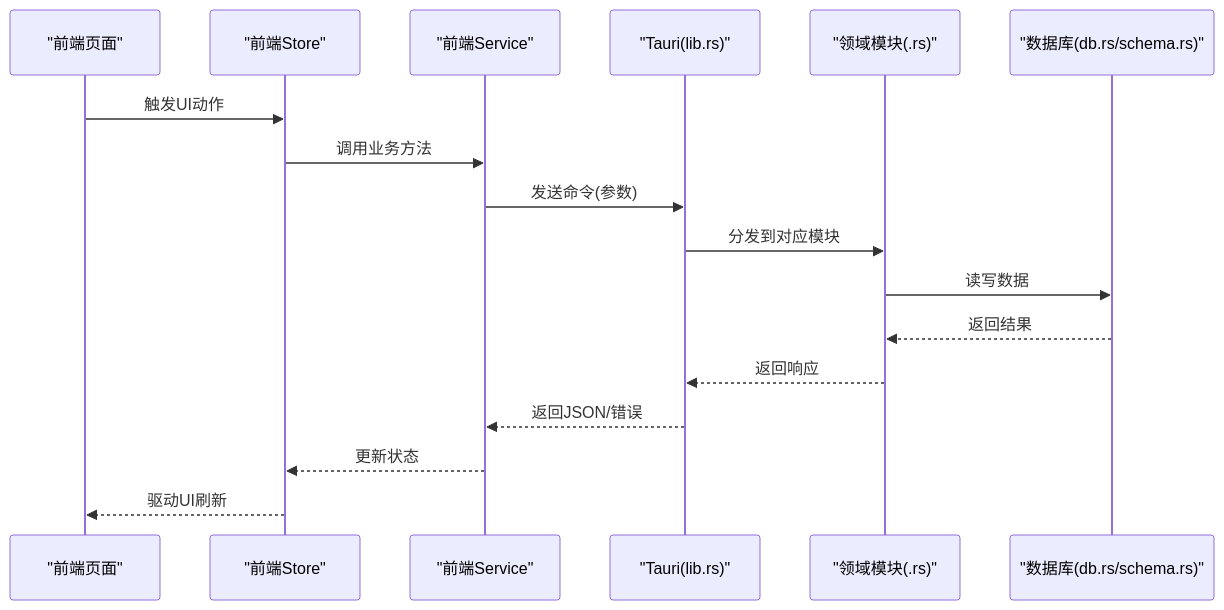
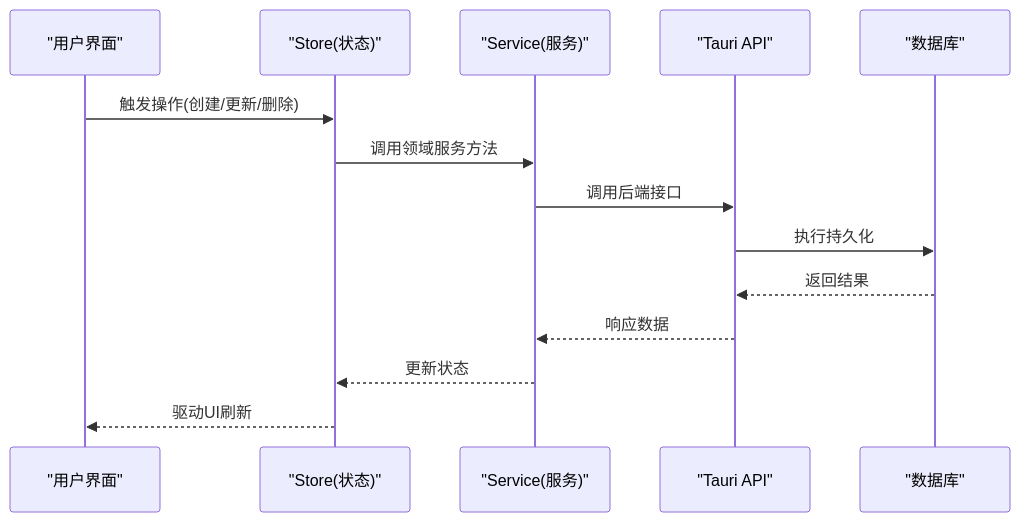
The second of 9 diagrams in .qoder/repowiki/zh/content/核心功能模块/核心功能模块.md (gzdxhujiale/FishWorker), drawn with Mermaid before and after one commit. The commit also changed other lines of this file and 238 other files, not shown here.

````diff
--- a/.qoder/repowiki/zh/content/核心功能模块/核心功能模块.md
+++ b/.qoder/repowiki/zh/content/核心功能模块/核心功能模块.md
@@ -157,19 +142,16 @@
 ```mermaid
 sequenceDiagram
-participant FE as "前端页面"
-participant Store as "前端Store"
-participant Service as "前端Service"
-participant Tauri as "Tauri(lib.rs)"
-participant Domain as "领域模块(.rs)"
-participant DB as "数据库(db.rs/schema.rs)"
-FE->>Store : 触发UI动作
-Store->>Service : 调用业务方法
-Service->>Tauri : 发送命令(参数)
-Tauri->>Domain : 分发到对应模块
-Domain->>DB : 读写数据
-DB-->>Domain : 返回结果
-Domain-->>Tauri : 返回响应
-Tauri-->>Service : 返回JSON/错误
-Service-->>Store : 更新状态
-Store-->>FE : 驱动UI刷新
+participant U as "用户界面"
+participant S as "Store(状态)"
+participant SVC as "Service(服务)"
+participant TA as "Tauri API"
+participant DB as "数据库"
+U->>S : 触发操作(创建/更新/删除)
+S->>SVC : 调用领域服务方法
+SVC->>TA : 调用后端接口
+TA->>DB : 执行持久化
+DB-->>TA : 返回结果
+TA-->>SVC : 响应数据
+SVC-->>S : 更新状态
+S-->>U : 驱动UI刷新
 ```
````
